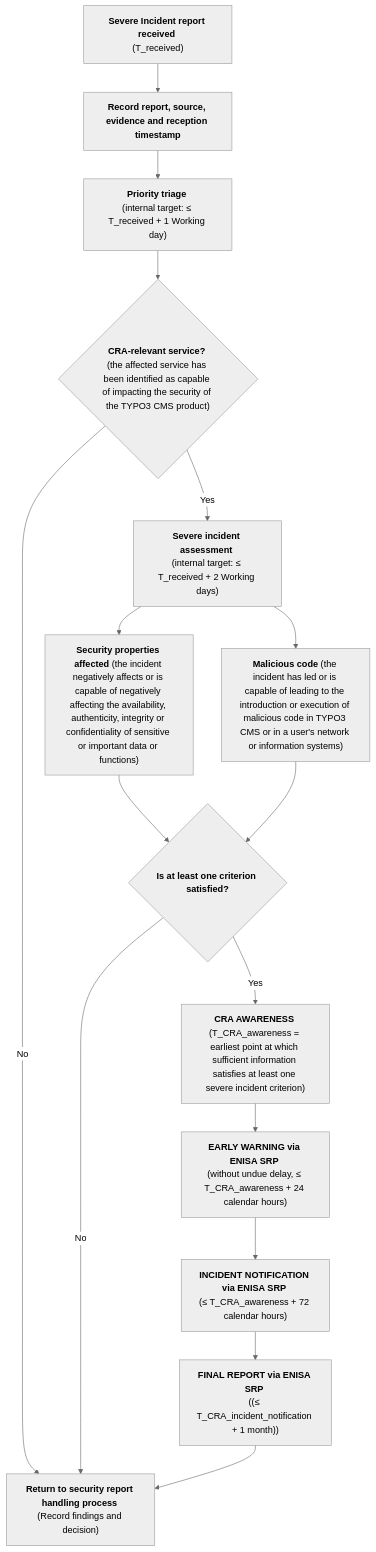
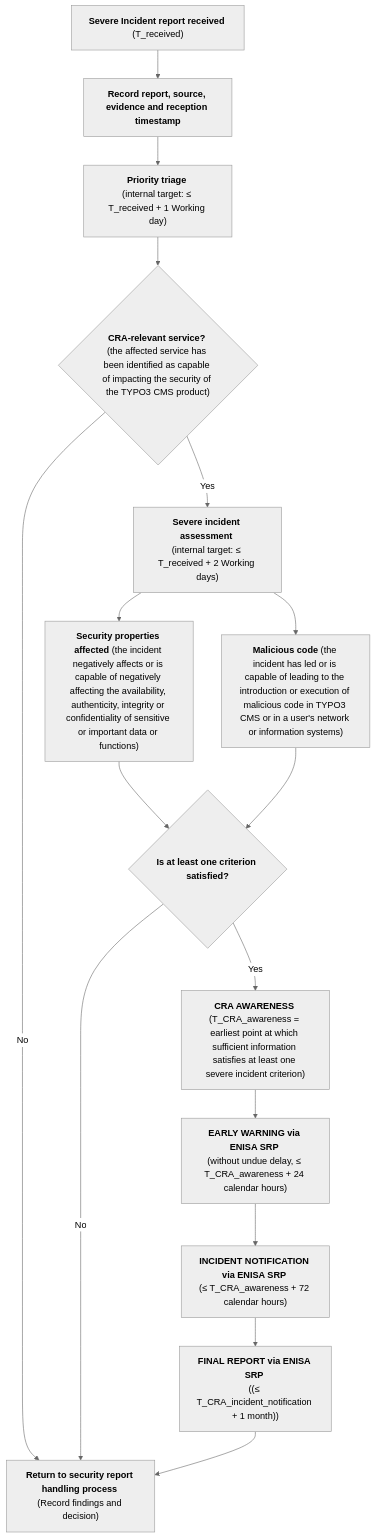
One commit to rfoucard/cra-fast-track changed the diagram in templates/severe-incident-process.md. Above: the diagram before and after it, drawn with Mermaid (neutral theme).

````diff
--- a/templates/severe-incident-process.md
+++ b/templates/severe-incident-process.md
@@ -15,32 +15,32 @@
 ```mermaid
 flowchart TD
 
-    A["<strong>Severe Incident report received</strong> \n(T_received)"] --> B["<strong>Record report, source, evidence and reception timestamp</strong>"]
+    A["<strong>Severe&nbsp;Incident&nbsp;report&nbsp;received</strong> \n(T_received)"] --> B["<strong>Record report, source, evidence and reception timestamp</strong>"]
 
     B --> C["<strong>Priority triage</strong> \n(internal target: ≤ T_received + 1 Working day)"]
 
     C --> D{"<strong>CRA-relevant service?</strong> (the affected service has been identified as capable of impacting the security of the TYPO3 CMS product)"}
 
     D -- "No" --> X["<strong>Return to security report handling process</strong> \n(Record findings and decision)"]
 
     D -- "Yes" --> E["<strong>Severe incident assessment</strong> \n(internal target: ≤ T_received + 2 Working days)"]
 
     E --> F["<strong>Security properties affected</strong> (the incident negatively affects or is capable of negatively affecting the availability, authenticity, integrity or confidentiality of sensitive or important data or functions)"]
 
     E --> G["<strong>Malicious code</strong> (the incident has led or is capable of leading to the introduction or execution of malicious code in TYPO3 CMS or in a user's network or information systems)"]
 
     F --> J{"<strong>Is at least one criterion satisfied?</strong>"}
     G --> J
 
     J -- "No" --> X
     J -- "Yes" --> L["<strong>CRA AWARENESS</strong> \n(T_CRA_awareness = earliest point at which sufficient information satisfies at least one severe incident criterion)"]
 
     L --> M["<strong>EARLY WARNING via ENISA SRP</strong> \n(without undue delay, ≤ T_CRA_awareness + 24 calendar hours)"]
 
     M --> N["<strong>INCIDENT NOTIFICATION via ENISA SRP</strong> \n(≤ T_CRA_awareness + 72 calendar hours)"]
 
     N --> O["<strong>FINAL REPORT via ENISA SRP</strong> \n((≤ T_CRA_incident_notification + 1 month))"]
 
     O --> X
 
 ```
````
